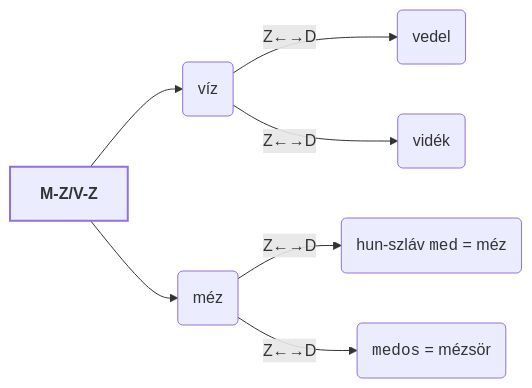
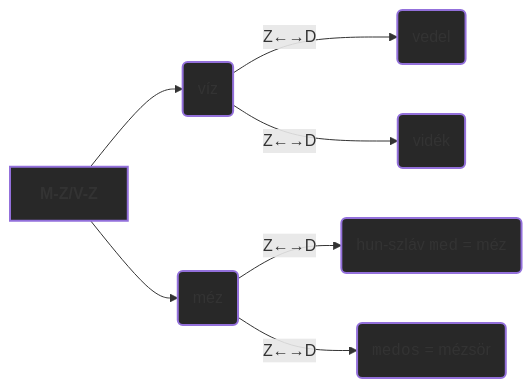
The second of 3 diagrams in src/site/notes/B/Balk.md (zanodor/TUDDASSTTARR), drawn with Mermaid before and after one commit. The commit also changed other lines of this file, not shown here.

````diff
--- a/src/site/notes/B/Balk.md
+++ b/src/site/notes/B/Balk.md
@@ -201,18 +53,19 @@
 ```mermaid
 flowchart LR
 
 	head[<b>M-Z/V-Z</b>]
 	lvl2_a("víz")
 	lvl2_b("méz")
 	lvl3_a("vedel")
 	lvl3_b("vidék")
 	lvl3_c("hun-szláv <code>med</code> = méz")
 	lvl3_d("<code>medos</code> = mézsör")
 
 	head --> lvl2_a & lvl2_b
 	lvl2_a -- "Z←→D" -->  lvl3_a & lvl3_b
 	lvl2_b -- "Z←→D" -->  lvl3_c & lvl3_d
 
-	style head stroke-width:2px,stroke-dasharray: 0
-	class lvl2_a,lvl2_b,lvl3_a,lvl3_b internal-link
+	classDef fillStyle fill:#282828,stroke-width:2px,stroke-dasharray: 0;
+	class head,lvl2_a,lvl2_b,lvl3_a,lvl3_b,lvl3_c,lvl3_d fillStyle;
+	class lvl2_a,lvl2_b,lvl3_a,lvl3_b internal-link;
 ```
````
